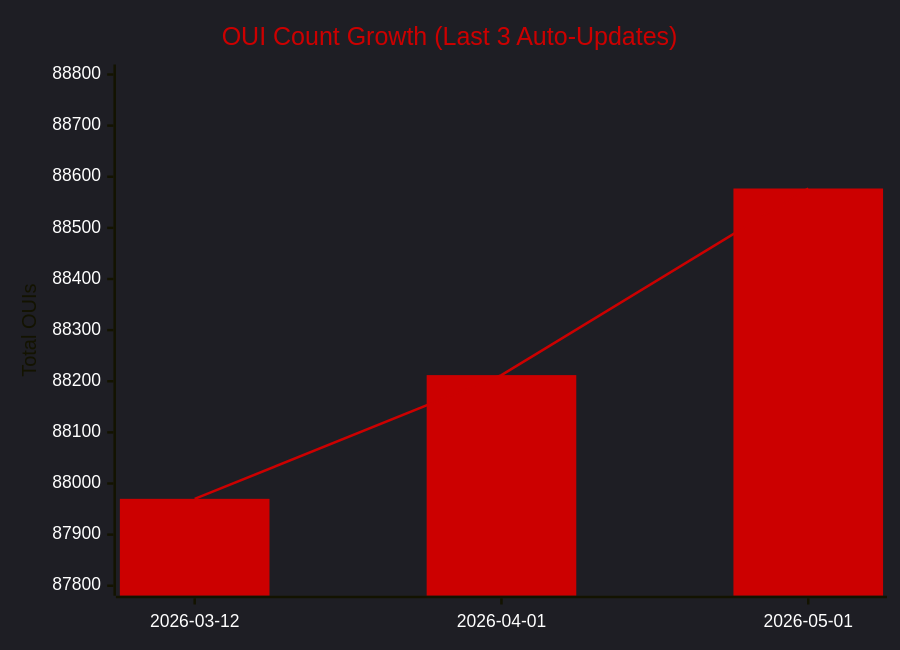
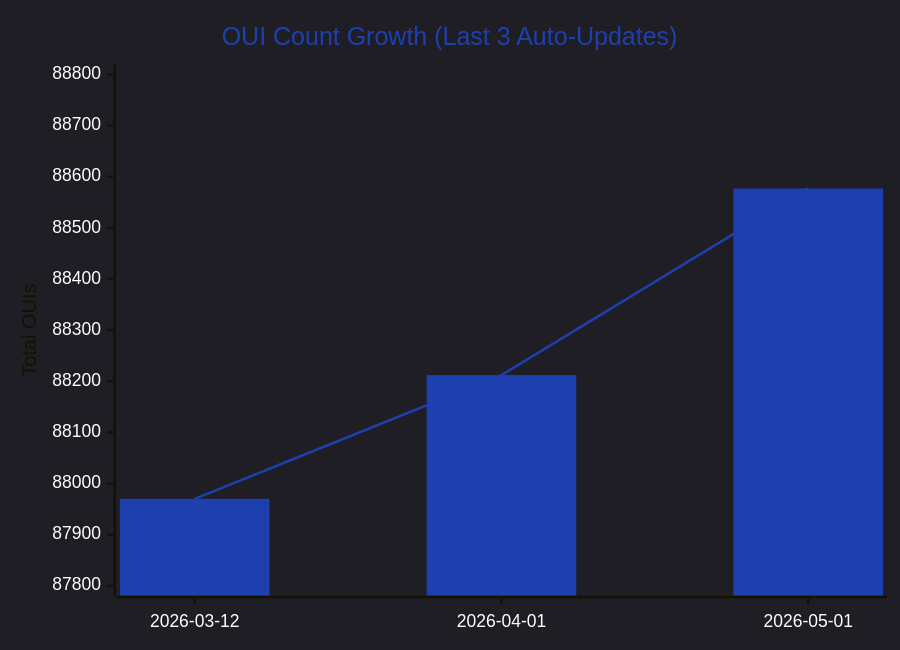
One commit to user7321347/OUI-Master-Database changed the first of 5 diagrams in README.md. Above: the diagram before and after it, drawn with Mermaid. The commit also changed other lines of this file and 4 other files, not shown here.

````diff
--- a/README.md
+++ b/README.md
@@ -66,9 +71,9 @@
 ```mermaid
-%%{init: {'theme':'dark', 'themeVariables': {'xyChart': {'backgroundColor':'#00000000','plotColorPalette':'#CC0000','titleColor':'#CC0000','xAxisLabelColor':'#ffffff','yAxisLabelColor':'#ffffff'}}}}%%
+%%{init: {'theme':'dark', 'themeVariables': {'xyChart': {'backgroundColor':'#00000000','plotColorPalette':'#1E40AF','titleColor':'#1E40AF','xAxisLabelColor':'#ffffff','yAxisLabelColor':'#ffffff'}}}}%%
 xychart-beta
     title "OUI Count Growth (Last 3 Auto-Updates)"
     x-axis ["2026-03-12", "2026-04-01", "2026-05-01"]
     y-axis "Total OUIs" 87800 --> 88800
     bar [87970, 88212, 88577]
     line [87970, 88212, 88577]
 ```
````
